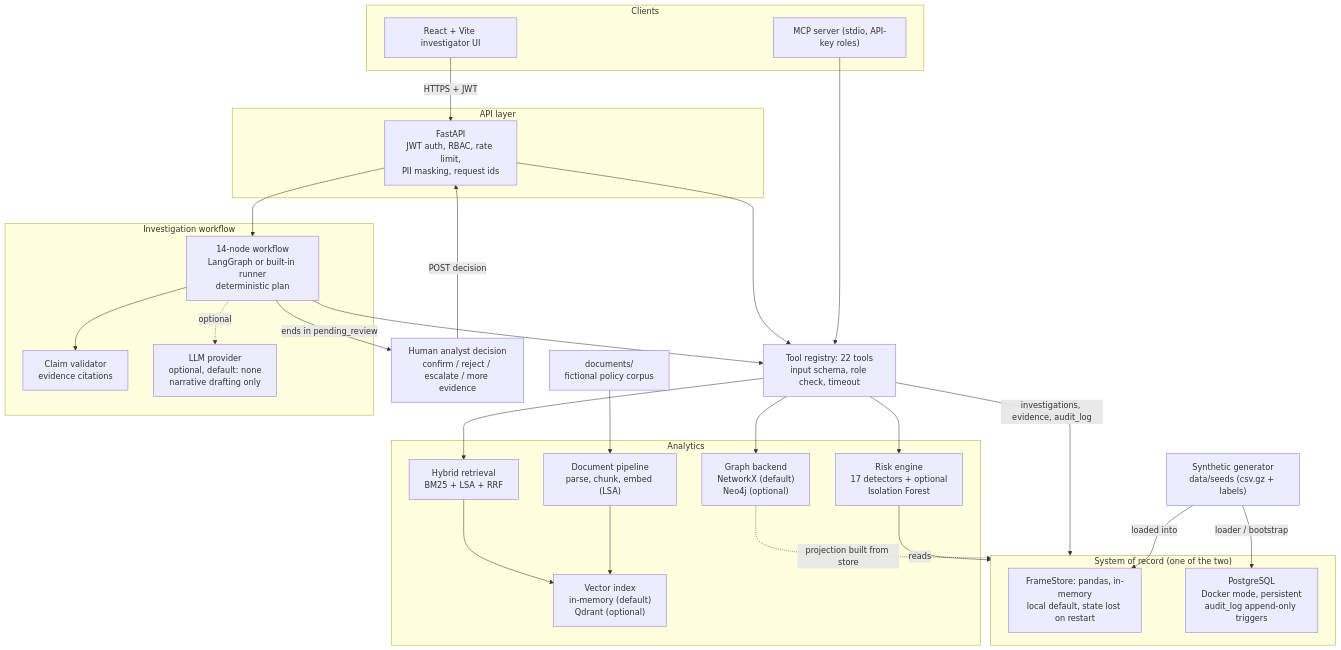
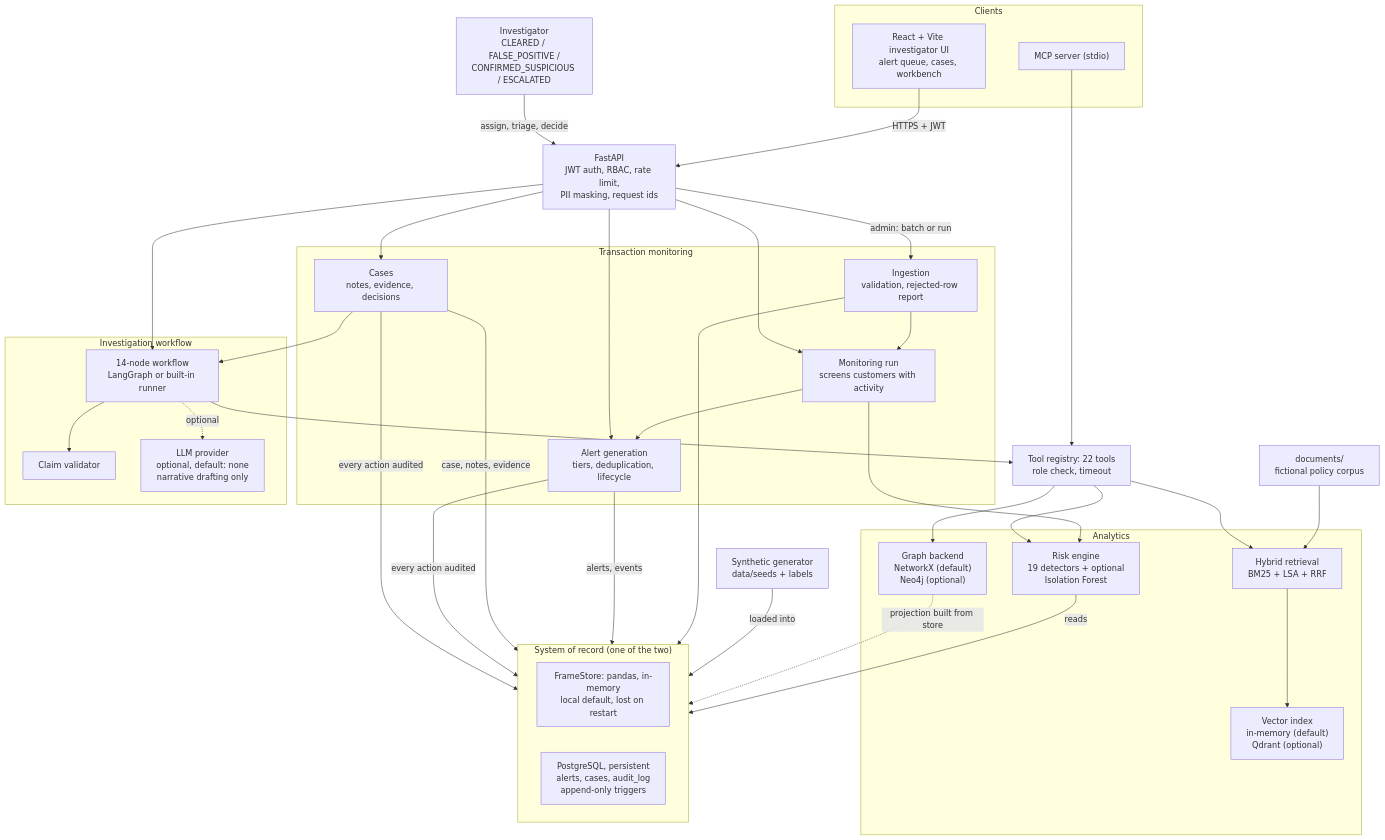
Before and after one commit to tunde123-al/fira-financial-intelligence-risk-platform: the diagram in README.md, drawn with Mermaid. The commit also changed other lines of this file and 153 other files, not shown here.

Commit message:
feat: add production-oriented monitoring and case management

````diff
--- a/README.md
+++ b/README.md
@@ -57,55 +88,69 @@
 ```mermaid
 flowchart TB
     subgraph clients[Clients]
-        UI["React + Vite investigator UI"]
-        MCP["MCP server (stdio, API-key roles)"]
+        UI["React + Vite investigator UI<br/>alert queue, cases, workbench"]
+        MCP["MCP server (stdio)"]
     end
 
-    subgraph api[API layer]
-        API["FastAPI<br/>JWT auth, RBAC, rate limit,<br/>PII masking, request ids"]
+    API["FastAPI<br/>JWT auth, RBAC, rate limit,<br/>PII masking, request ids"]
+
+    subgraph monitoring[Transaction monitoring]
+        ING["Ingestion<br/>validation, rejected-row report"]
+        MON["Monitoring run<br/>screens customers with activity"]
+        ALR["Alert generation<br/>tiers, deduplication, lifecycle"]
+        CAS["Cases<br/>notes, evidence, decisions"]
     end
 
     subgraph agent[Investigation workflow]
-        WF["14-node workflow<br/>LangGraph or built-in runner<br/>deterministic plan"]
-        VAL["Claim validator<br/>evidence citations"]
+        WF["14-node workflow<br/>LangGraph or built-in runner"]
+        VAL["Claim validator"]
         LLM["LLM provider<br/>optional, default: none<br/>narrative drafting only"]
     end
 
-    REG["Tool registry: 22 tools<br/>input schema, role check, timeout"]
+    REG["Tool registry: 22 tools<br/>role check, timeout"]
 
     subgraph analytics[Analytics]
-        RISK["Risk engine<br/>17 detectors + optional<br/>Isolation Forest"]
+        RISK["Risk engine<br/>19 detectors + optional<br/>Isolation Forest"]
         GRAPH["Graph backend<br/>NetworkX (default)<br/>Neo4j (optional)"]
-        DOCS["Document pipeline<br/>parse, chunk, embed (LSA)"]
         RET["Hybrid retrieval<br/>BM25 + LSA + RRF"]
         VEC["Vector index<br/>in-memory (default)<br/>Qdrant (optional)"]
     end
 
     subgraph store["System of record (one of the two)"]
-        FS["FrameStore: pandas, in-memory<br/>local default, state lost on restart"]
-        PG["PostgreSQL<br/>Docker mode, persistent<br/>audit_log append-only triggers"]
+        FS["FrameStore: pandas, in-memory<br/>local default, lost on restart"]
+        PG["PostgreSQL, persistent<br/>alerts, cases, audit_log<br/>append-only triggers"]
     end
 
-    SEED["Synthetic generator<br/>data/seeds (csv.gz + labels)"]
+    SEED["Synthetic generator<br/>data/seeds + labels"]
     CORPUS["documents/<br/>fictional policy corpus"]
-    HUMAN["Human analyst decision<br/>confirm / reject / escalate / more evidence"]
+    HUMAN["Investigator<br/>CLEARED / FALSE_POSITIVE /<br/>CONFIRMED_SUSPICIOUS / ESCALATED"]
 
-    SEED -->|loaded into| FS
-    SEED -->|loader / bootstrap| PG
-    CORPUS --> DOCS --> VEC
+    SEED -->|loaded into| store
+    CORPUS --> RET
+    RET --> VEC
     UI -->|HTTPS + JWT| API
     MCP --> REG
-    API --> REG
+    API -->|admin: batch or run| ING
+    ING --> store
+    ING --> MON
+    API --> MON
+    MON --> RISK
+    RISK -->|reads| store
+    GRAPH -. projection built from store .-> store
+    MON --> ALR
+    ALR -->|alerts, events| store
+    HUMAN -->|assign, triage, decide| API
+    API --> ALR
+    API --> CAS
+    CAS -->|case, notes, evidence| store
+    CAS --> WF
     API --> WF
     WF --> REG
     WF --> VAL
     WF -.->|optional| LLM
     REG --> RISK
     REG --> GRAPH
-    REG --> RET --> VEC
-    RISK -->|reads| store
-    GRAPH -. projection built from store .-> store
-    REG -->|investigations, evidence, audit_log| store
-    WF -->|ends in pending_review| HUMAN
-    HUMAN -->|POST decision| API
+    REG --> RET
+    ALR -->|every action audited| store
+    CAS -->|every action audited| store
 ```
````
